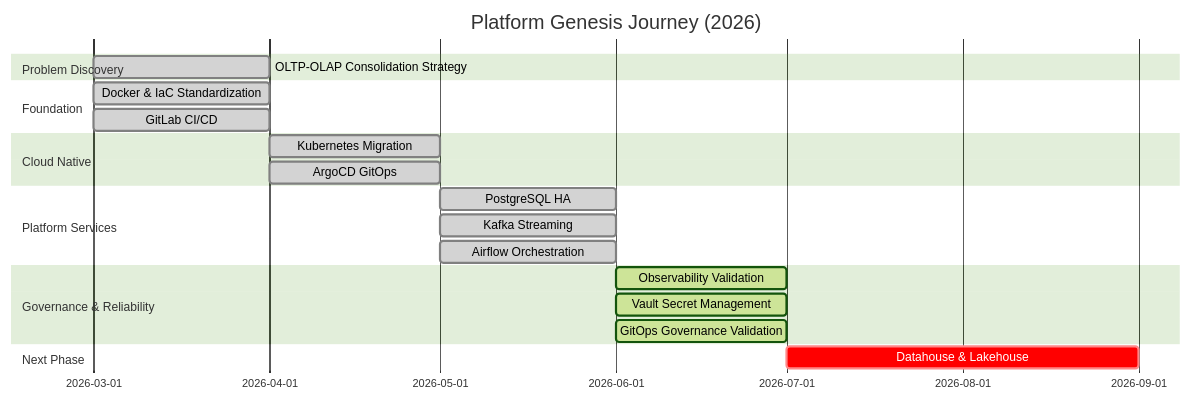
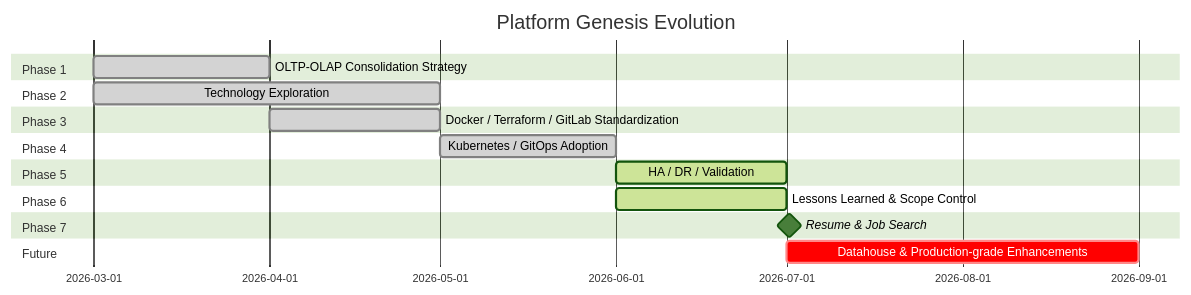
The first of 2 diagrams in README.md (Junwu0615/Platform-Genesis), drawn with Mermaid (forest theme) before and after one commit. The commit also changed other lines of this file, not shown here.

Commit message:
update somethings

````diff
--- a/README.md
+++ b/README.md
@@ -882,29 +883,30 @@
 ```mermaid
 gantt
-    title Platform Genesis Journey (2026)
-    dateFormat  YYYY-MM
+    title Platform Genesis Evolution
 
-    section Problem Discovery
-    OLTP-OLAP Consolidation Strategy      :done, p1, 2026-03, 1M
+    dateFormat YYYY-MM
 
-    section Foundation
-    Docker & IaC Standardization          :done, p2, 2026-03, 1M
-    GitLab CI/CD                          :done, p3, 2026-03, 1M
+    section Phase 1
+    OLTP-OLAP Consolidation Strategy            :done, a1, 2026-03, 1M
 
-    section Cloud Native
-    Kubernetes Migration                  :done, p4, 2026-04, 1M
-    ArgoCD GitOps                         :done, p5, 2026-04, 1M
+    section Phase 2
+    Technology Exploration                      :done, a2, 2026-03, 2M
 
-    section Platform Services
-    PostgreSQL HA                         :done, p6, 2026-05, 1M
-    Kafka Streaming                       :done, p7, 2026-05, 1M
-    Airflow Orchestration                 :done, p8, 2026-05, 1M
+    section Phase 3
+    Docker / Terraform / GitLab Standardization :done, a3, 2026-04, 1M
 
-    section Governance & Reliability
-    Observability Validation              :active, p9, 2026-06, 1M
-    Vault Secret Management               :active, p10, 2026-06, 1M
-    GitOps Governance Validation          :active, p11, 2026-06, 1M
+    section Phase 4
+    Kubernetes / GitOps Adoption                :done, a4, 2026-05, 1M
 
-    section Next Phase
-    Datahouse & Lakehouse                 :crit, p12, 2026-07, 2M
+    section Phase 5
+    HA / DR / Validation                        :active, a5, 2026-06, 1M
+
+    section Phase 6
+    Lessons Learned & Scope Control             :active, a6, 2026-06, 1M
+
+    section Phase 7
+    Resume & Job Search                         :milestone, a7, 2026-07, 1d
+
+    section Future
+    Datahouse & Production-grade Enhancements   :crit, a8, 2026-07, 2M
 ```
````
